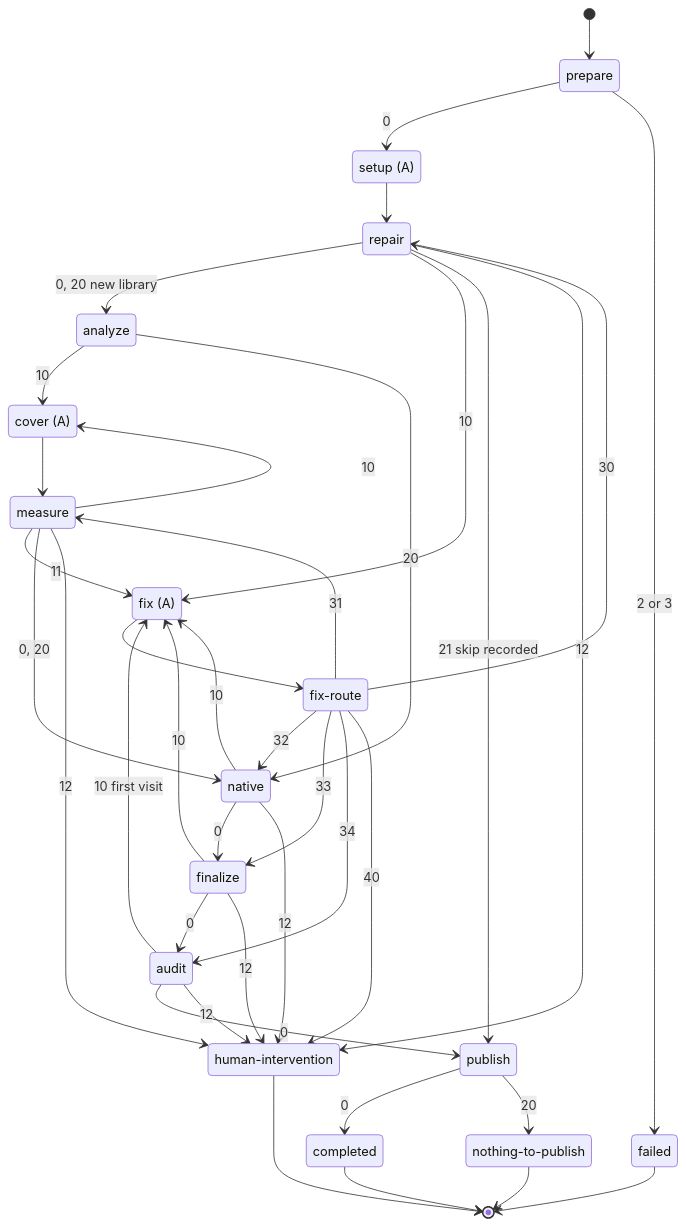
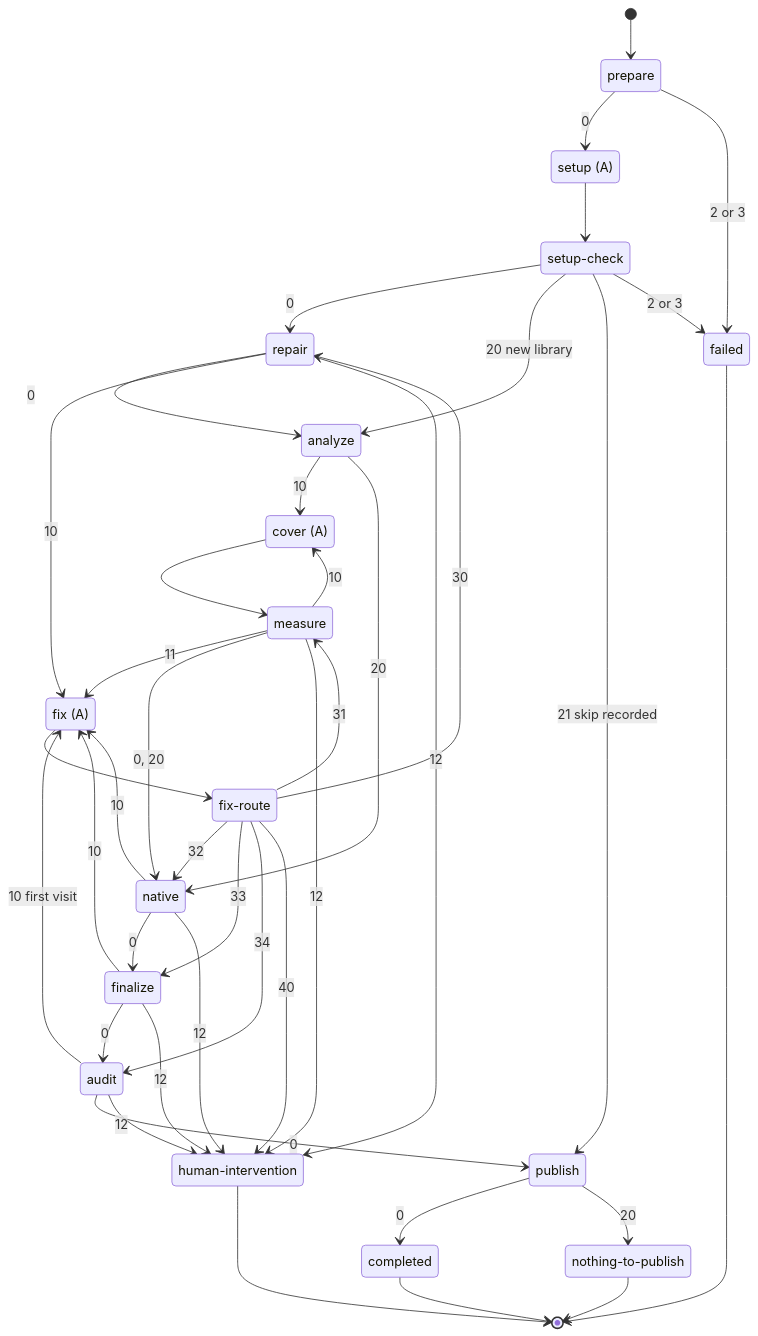
The diagram in forge/docs/architecture/workflow-pipeline.md (oracle/graalvm-reachability-metadata), drawn with Mermaid before and after one commit. The commit also changed other lines of this file and 1 other file, not shown here.

Commit message:
Split the setup tail out of repair; list-failure fallback

````diff
--- a/forge/docs/architecture/workflow-pipeline.md
+++ b/forge/docs/architecture/workflow-pipeline.md
@@ -75,47 +75,51 @@
 ```mermaid
 stateDiagram-v2
     state "setup (A)" as setup
     state "cover (A)" as cover
     state "fix (A)" as fix
     state "fix-route" as route
     state "nothing-to-publish" as nothing
     state "human-intervention" as human
 
     [*] --> prepare
     prepare --> setup: 0
     prepare --> failed: 2 or 3
-    setup --> repair
-    repair --> analyze: 0, 20 new library
+    state "setup-check" as check
+    setup --> check
+    check --> repair: 0
+    check --> analyze: 20 new library
+    check --> publish: 21 skip recorded
+    check --> failed: 2 or 3
+    repair --> analyze: 0
     repair --> fix: 10
-    repair --> publish: 21 skip recorded
     analyze --> cover: 10
     analyze --> native: 20
     cover --> measure
     measure --> cover: 10
     measure --> fix: 11
     measure --> native: 0, 20
     native --> finalize: 0
     native --> fix: 10
     finalize --> audit: 0
     finalize --> fix: 10
     audit --> fix: 10 first visit
     audit --> publish: 0
     fix --> route
     route --> repair: 30
     route --> measure: 31
     route --> native: 32
     route --> finalize: 33
     route --> audit: 34
     route --> human: 40
     repair --> human: 12
     measure --> human: 12
     native --> human: 12
     finalize --> human: 12
     audit --> human: 12
     publish --> completed: 0
     publish --> nothing: 20
     completed --> [*]
     nothing --> [*]
     human --> [*]
     failed --> [*]
 ```
````
